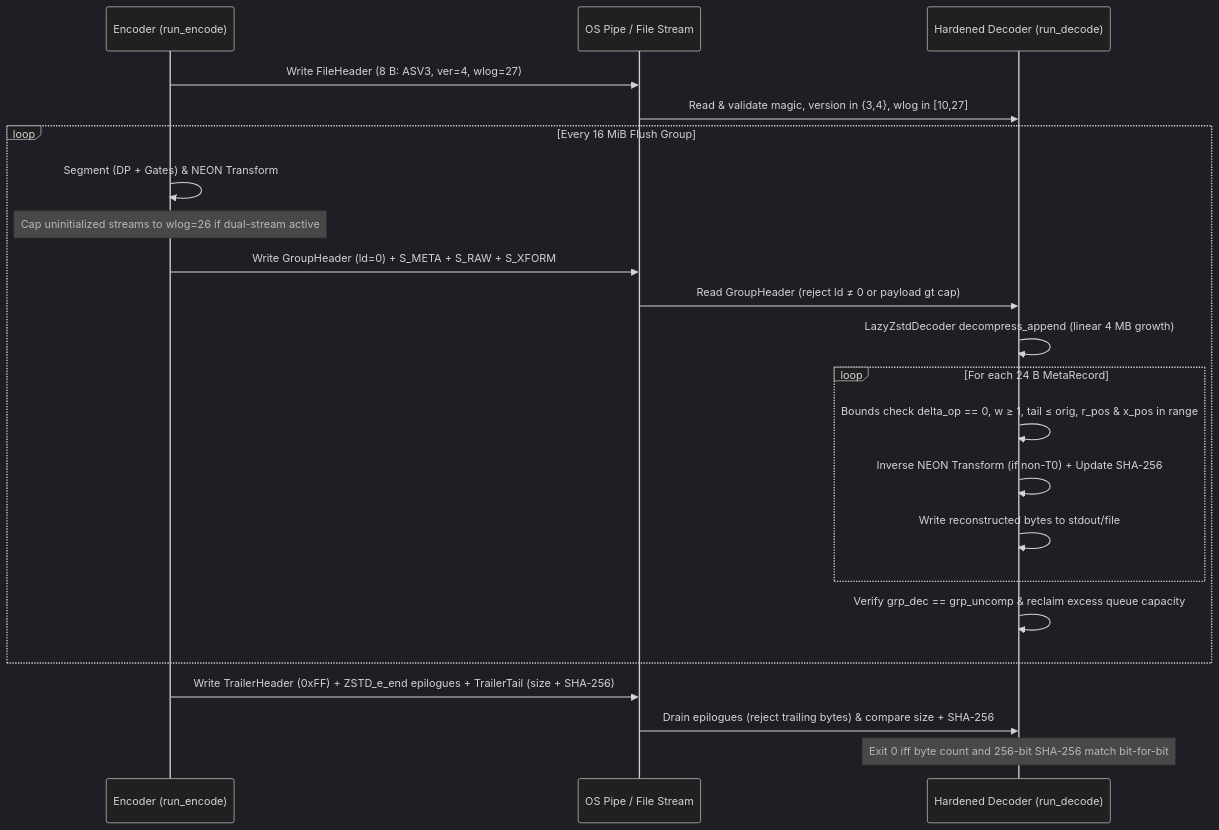
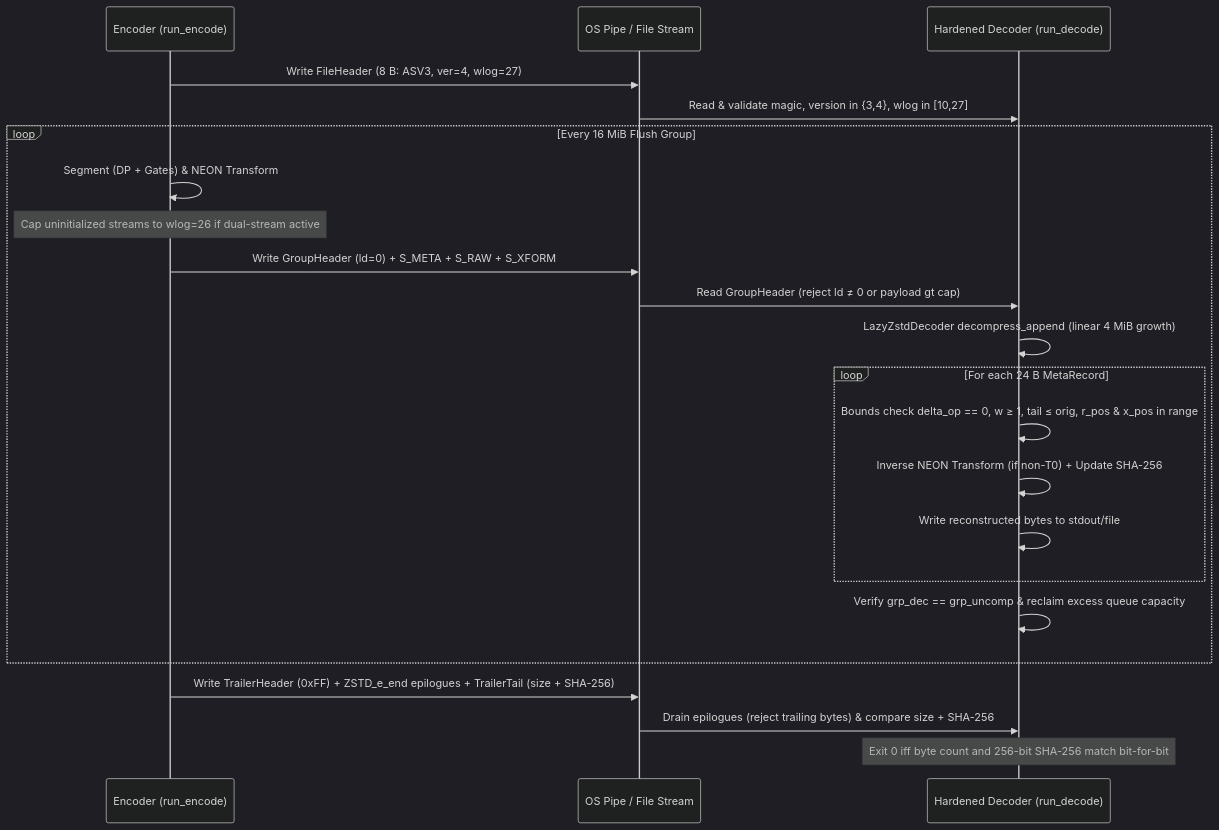
One commit to austinjohnathand-code/asv4-compression changed the fifth of 9 diagrams in ARCHITECTURE.md. Above: the diagram before and after it, drawn with Mermaid (dark theme). The commit also changed other lines of this file and 2 other files, not shown here.

````diff
--- a/ARCHITECTURE.md
+++ b/ARCHITECTURE.md
@@ -167,27 +167,27 @@
 ```mermaid
 sequenceDiagram
     participant Enc as Encoder (run_encode)
     participant Pipe as OS Pipe / File Stream
     participant Dec as Hardened Decoder (run_decode)
 
     Enc->>Pipe: Write FileHeader (8 B: ASV3, ver=4, wlog=27)
     Pipe->>Dec: Read & validate magic, version in {3,4}, wlog in [10,27]
 
     loop Every 16 MiB Flush Group
         Enc->>Enc: Segment (DP + Gates) & NEON Transform
         Note over Enc: Cap uninitialized streams to wlog=26 if dual-stream active
         Enc->>Pipe: Write GroupHeader (ld=0) + S_META + S_RAW + S_XFORM
         Pipe->>Dec: Read GroupHeader (reject ld ≠ 0 or payload gt cap)
-        Dec->>Dec: LazyZstdDecoder decompress_append (linear 4 MB growth)
+        Dec->>Dec: LazyZstdDecoder decompress_append (linear 4 MiB growth)
         loop For each 24 B MetaRecord
             Dec->>Dec: Bounds check delta_op == 0, w ≥ 1, tail ≤ orig, r_pos & x_pos in range
             Dec->>Dec: Inverse NEON Transform (if non-T0) + Update SHA-256
             Dec->>Dec: Write reconstructed bytes to stdout/file
         end
         Dec->>Dec: Verify grp_dec == grp_uncomp & reclaim excess queue capacity
     end
 
     Enc->>Pipe: Write TrailerHeader (0xFF) + ZSTD_e_end epilogues + TrailerTail (size + SHA-256)
     Pipe->>Dec: Drain epilogues (reject trailing bytes) & compare size + SHA-256
     Note over Dec: Exit 0 iff byte count and 256-bit SHA-256 match bit-for-bit
 ```
````
